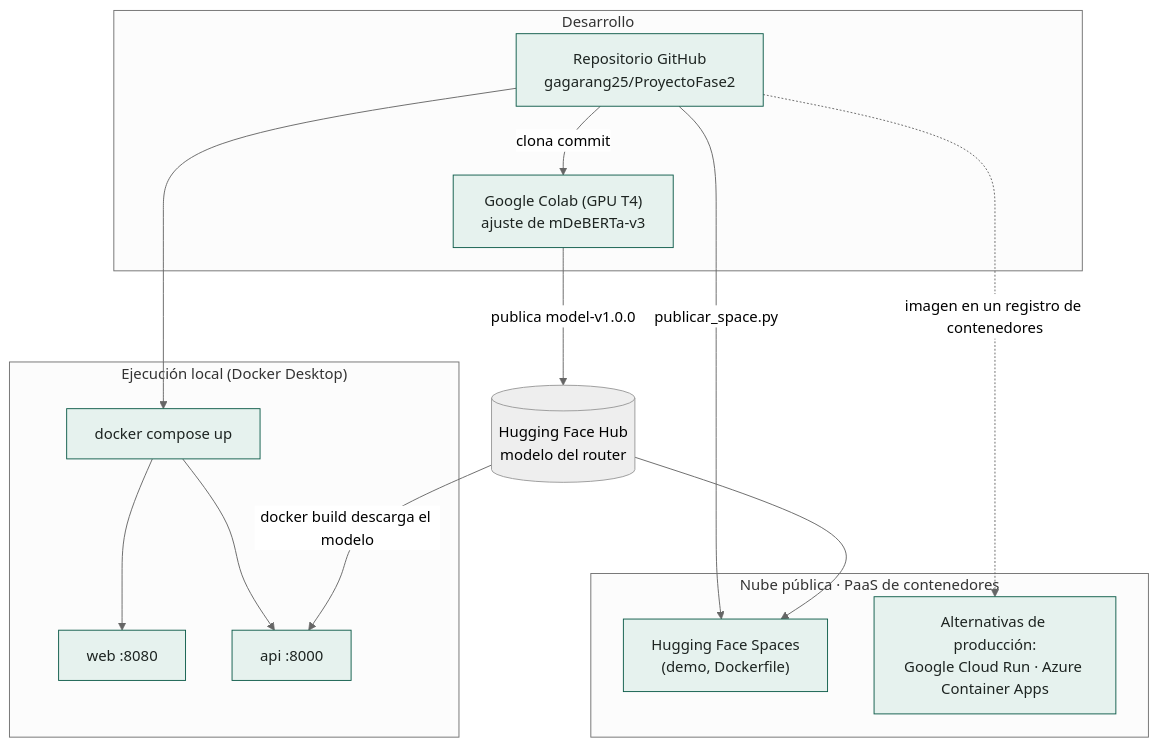
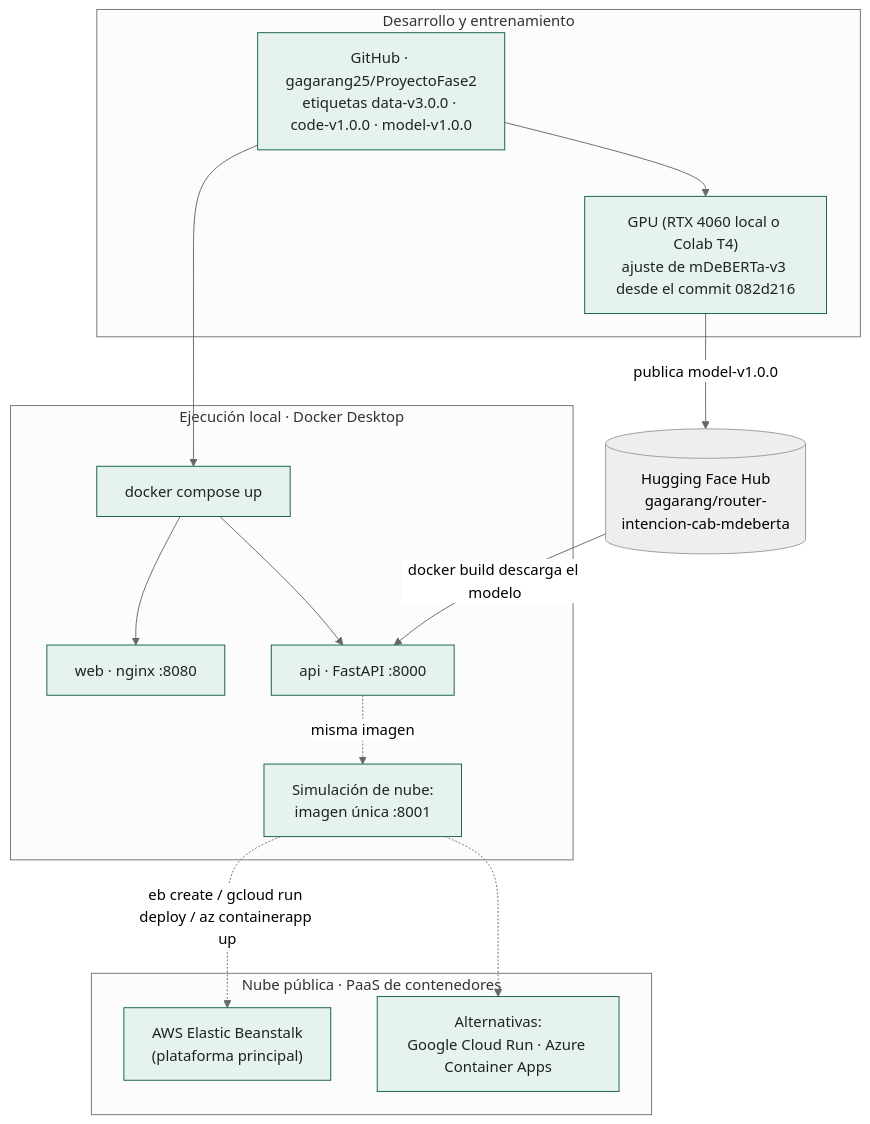
The diagram in docs/diagramas/despliegue.mmd (gagarang25/ProyectoFase2), drawn with Mermaid (neutral theme) before and after one commit. The commit also changed 40 other files, not shown here.

```diff
--- a/docs/diagramas/despliegue.mmd
+++ b/docs/diagramas/despliegue.mmd
@@ -1,21 +1,23 @@
 flowchart TB
-    subgraph DEV["Desarrollo"]
-      G["Repositorio GitHub<br/>gagarang25/ProyectoFase2"]
-      C["Google Colab (GPU T4)<br/>ajuste de mDeBERTa-v3"]
+    subgraph DEV["Desarrollo y entrenamiento"]
+      G["GitHub · gagarang25/ProyectoFase2<br/>etiquetas data-v3.0.0 · code-v1.0.0 · model-v1.0.0"]
+      C["GPU (RTX 4060 local o Colab T4)<br/>ajuste de mDeBERTa-v3 desde el commit 082d216"]
+      G --> C
     end
-    C -->|"publica model-v1.0.0"| H[("Hugging Face Hub<br/>modelo del router")]
-    G -->|"clona commit"| C
-    subgraph LOCAL["Ejecución local (Docker Desktop)"]
-      L1["docker compose up"] --> L2["web :8080"] & L3["api :8000"]
+    C -->|"publica model-v1.0.0"| H[("Hugging Face Hub<br/>gagarang/router-intencion-cab-mdeberta")]
+    subgraph LOCAL["Ejecución local · Docker Desktop"]
+      L1["docker compose up"] --> L2["web · nginx :8080"]
+      L1 --> L3["api · FastAPI :8000"]
+      L4["Simulación de nube:<br/>imagen única :8001"]
     end
     subgraph NUBE["Nube pública · PaaS de contenedores"]
-      S1["Hugging Face Spaces<br/>(demo, Dockerfile)"]
-      S2["Alternativas de producción:<br/>Google Cloud Run · Azure Container Apps"]
+      S1["AWS Elastic Beanstalk<br/>(plataforma principal)"]
+      S2["Alternativas:<br/>Google Cloud Run · Azure Container Apps"]
     end
     G --> L1
     H -->|"docker build descarga el modelo"| L3
-    G -->|"publicar_space.py"| S1
-    H --> S1
-    G -.->|"imagen en un registro de contenedores"| S2
+    L3 -.->|"misma imagen"| L4
+    L4 -.->|"eb create / gcloud run deploy / az containerapp up"| S1
+    L4 -.-> S2
     classDef verde fill:#e6f2ee,stroke:#0e5c4a,color:#1d2421
-    class G,C,L1,L2,L3,S1,S2 verde
+    class G,C,L1,L2,L3,L4,S1,S2 verde
```
